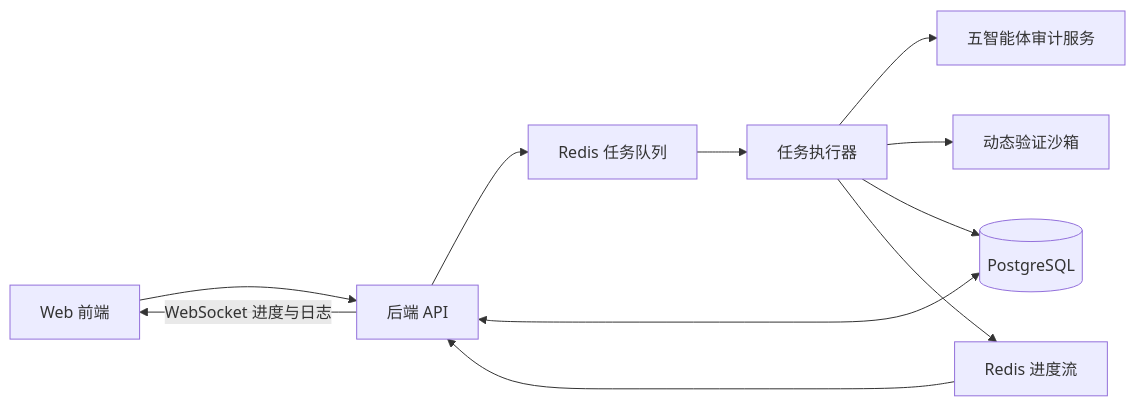
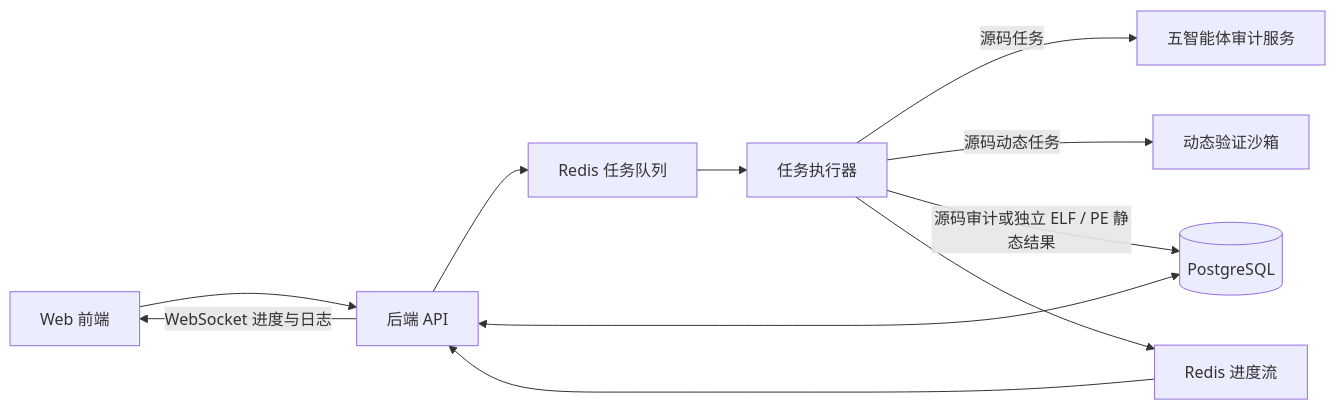
One commit to Taylor-Lai/SC-SENTINEL-Memorial changed the diagram in README.md. Above: the diagram before and after it, drawn with Mermaid. The commit also changed other lines of this file and 3 other files, not shown here.

````diff
--- a/README.md
+++ b/README.md
@@ -49,13 +49,13 @@
 ```mermaid
 flowchart LR
     UI[Web 前端] --> API[后端 API]
     API --> Queue[Redis 任务队列]
     Queue --> Worker[任务执行器]
-    Worker --> Agent[五智能体审计服务]
-    Worker --> Sandbox[动态验证沙箱]
+    Worker -->|源码任务| Agent[五智能体审计服务]
+    Worker -->|源码动态任务| Sandbox[动态验证沙箱]
     API <--> DB[(PostgreSQL)]
-    Worker --> DB
+    Worker -->|源码审计或独立 ELF / PE 静态结果| DB
     Worker --> Progress[Redis 进度流]
     Progress --> API
     API -->|WebSocket 进度与日志| UI
 ```
````
